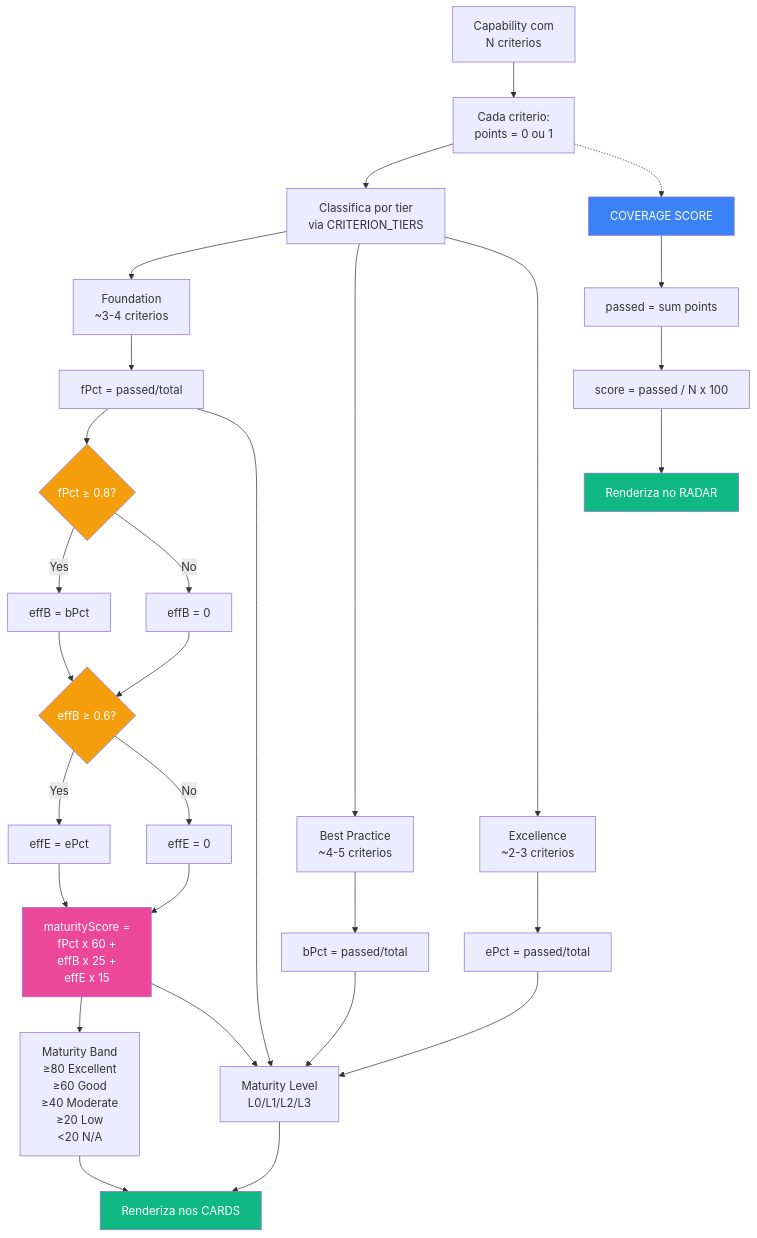
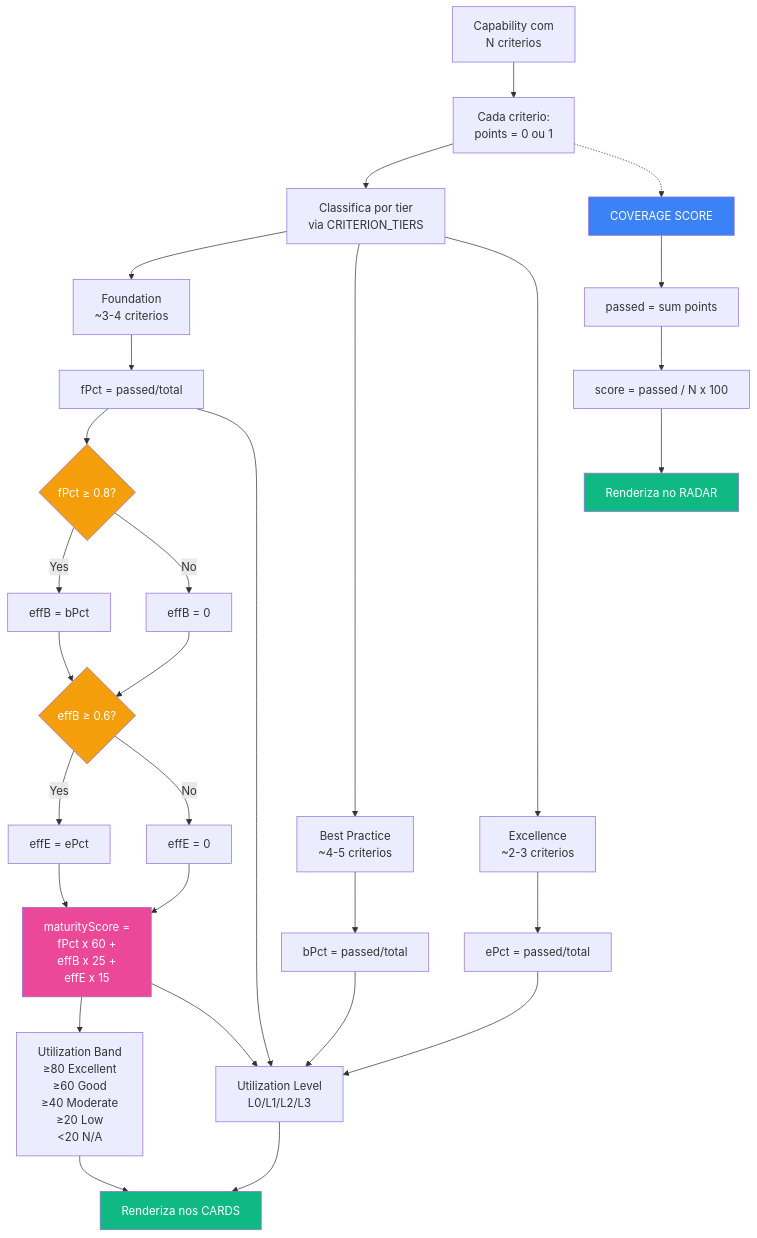
The fourth of 10 diagrams in docs/ARCHITECTURE-DIAGRAM.md (mbdccoletta/Pulse-Assessment-App), drawn with Mermaid before and after one commit. The commit also changed other lines of this file and 11 other files, not shown here.

````diff
--- a/docs/ARCHITECTURE-DIAGRAM.md
+++ b/docs/ARCHITECTURE-DIAGRAM.md
@@ -176,47 +176,47 @@
 ```mermaid
 flowchart TD
     A[Capability com<br/>N criterios] --> B[Cada criterio:<br/>points = 0 ou 1]
 
     B --> C[Classifica por tier<br/>via CRITERION_TIERS]
     C --> D[Foundation<br/>~3-4 criterios]
     C --> E[Best Practice<br/>~4-5 criterios]
     C --> F[Excellence<br/>~2-3 criterios]
 
     B -.-> G[COVERAGE SCORE]
     G --> H[passed = sum points]
     H --> I[score = passed / N x 100]
     I --> J[Renderiza no RADAR]
 
     D --> K[fPct = passed/total]
     E --> L[bPct = passed/total]
     F --> M[ePct = passed/total]
 
     K --> N{fPct ≥ 0.8?}
     N -->|Yes| O[effB = bPct]
     N -->|No| P[effB = 0]
 
     O --> Q{effB ≥ 0.6?}
     P --> Q
     Q -->|Yes| R[effE = ePct]
     Q -->|No| S[effE = 0]
 
     R --> T[maturityScore =<br/>fPct x 60 +<br/>effB x 25 +<br/>effE x 15]
     S --> T
 
-    T --> U[Maturity Band<br/>≥80 Excellent<br/>≥60 Good<br/>≥40 Moderate<br/>≥20 Low<br/>&lt;20 N/A]
-    T --> V[Maturity Level<br/>L0/L1/L2/L3]
+    T --> U[Utilization Band<br/>≥80 Excellent<br/>≥60 Good<br/>≥40 Moderate<br/>≥20 Low<br/>&lt;20 N/A]
+    T --> V[Utilization Level<br/>L0/L1/L2/L3]
 
     K --> V
     L --> V
     M --> V
 
     V --> W[Renderiza nos CARDS]
     U --> W
 
     style G fill:#3B82F6,color:#fff
     style T fill:#EC4899,color:#fff
     style N fill:#F59E0B,color:#fff
     style Q fill:#F59E0B,color:#fff
     style J fill:#10B981,color:#fff
     style W fill:#10B981,color:#fff
 ```
````
